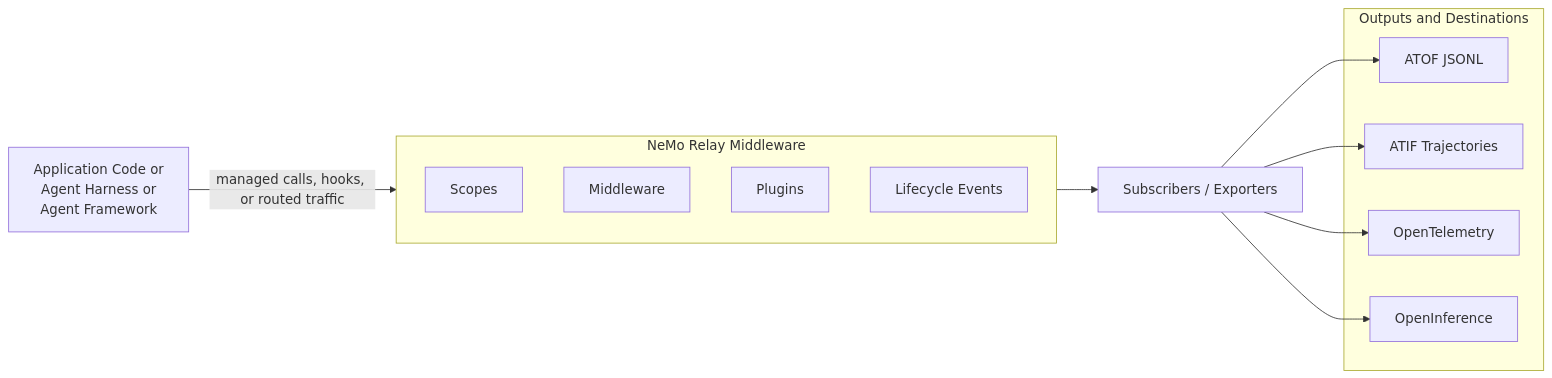
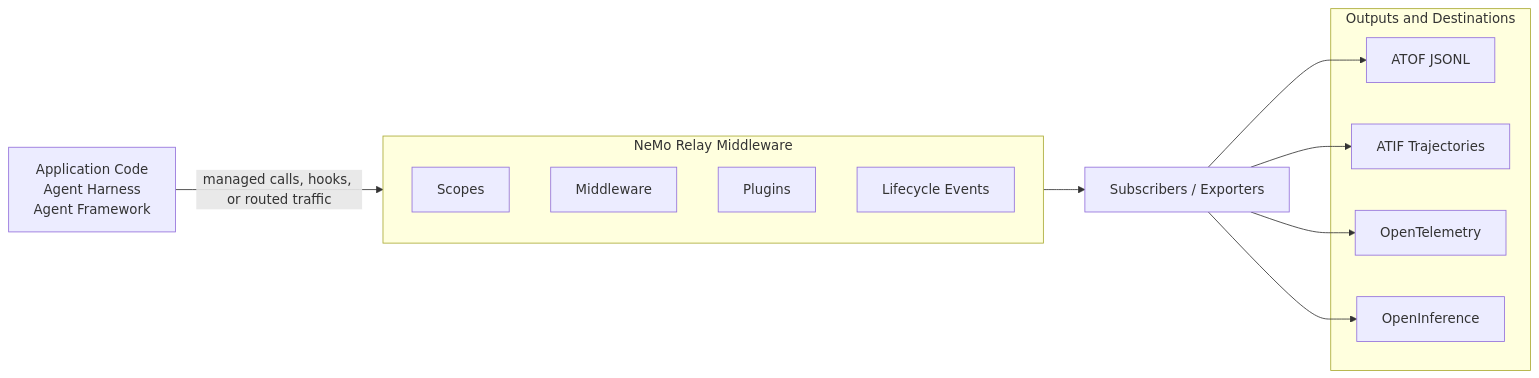
One commit to markito/NeMo-Relay changed the diagram in README.md. Above: the diagram before and after it, drawn with Mermaid.

Commit message:
Fix formatting in Sources section of README
Updated the README to improve formatting of the Sources section.

````diff
--- a/README.md
+++ b/README.md
@@ -79,24 +79,24 @@
 ```mermaid
 flowchart LR
-    Sources["Application Code or<br/>Agent Harness or<br/>Agent Framework"]
+    Sources["Application Code <br/>Agent Harness <br/>Agent Framework"]
     subgraph Runtime[NeMo Relay Middleware]
         direction TB
         Scopes[Scopes]
         Middleware[Middleware]
         Plugins[Plugins]
         Events[Lifecycle Events]
     end
     Consumers[Subscribers / Exporters]
     subgraph Outputs[Outputs and Destinations]
         ATOF[ATOF JSONL]
         ATIF[ATIF Trajectories]
         OTEL[OpenTelemetry]
         OI[OpenInference]
     end
     Sources -->|managed calls, hooks, or routed traffic| Runtime
     Runtime --> Consumers
     Consumers --> ATOF
     Consumers --> ATIF
     Consumers --> OTEL
     Consumers --> OI
 ```
````
